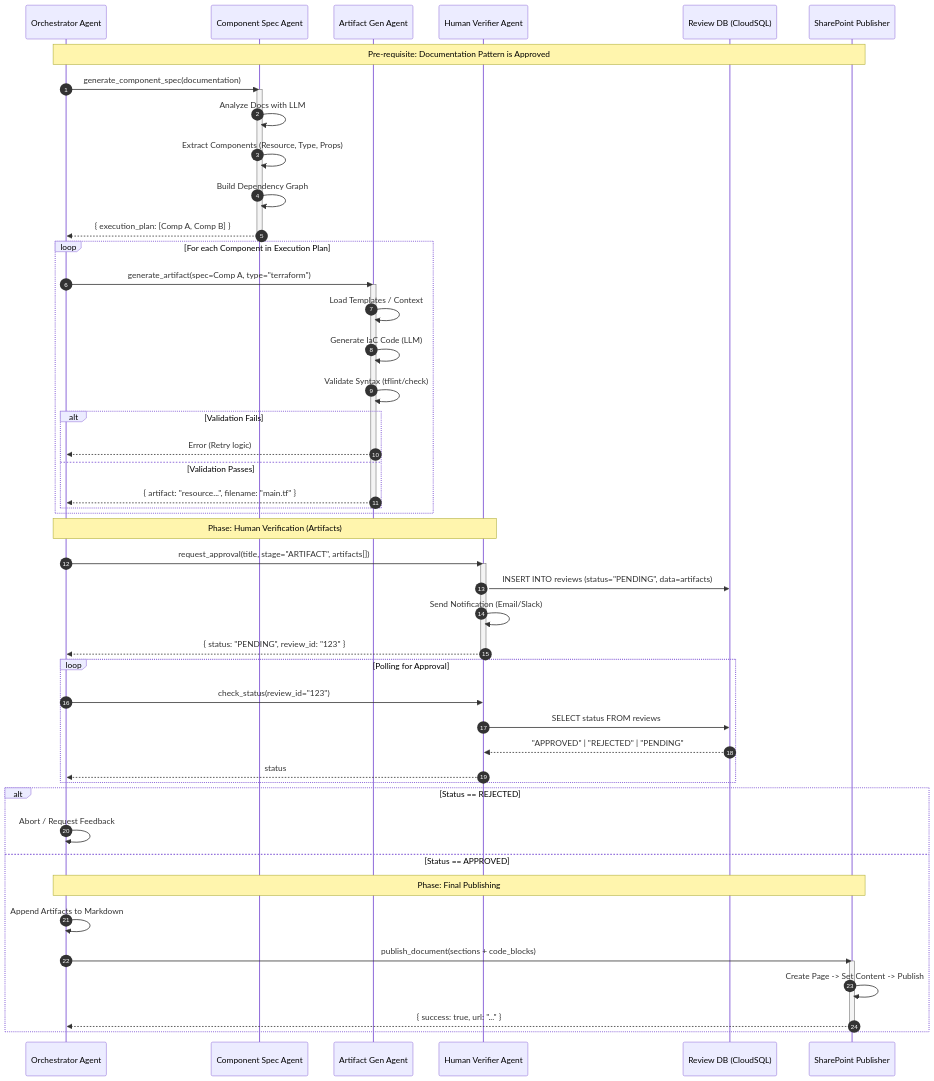
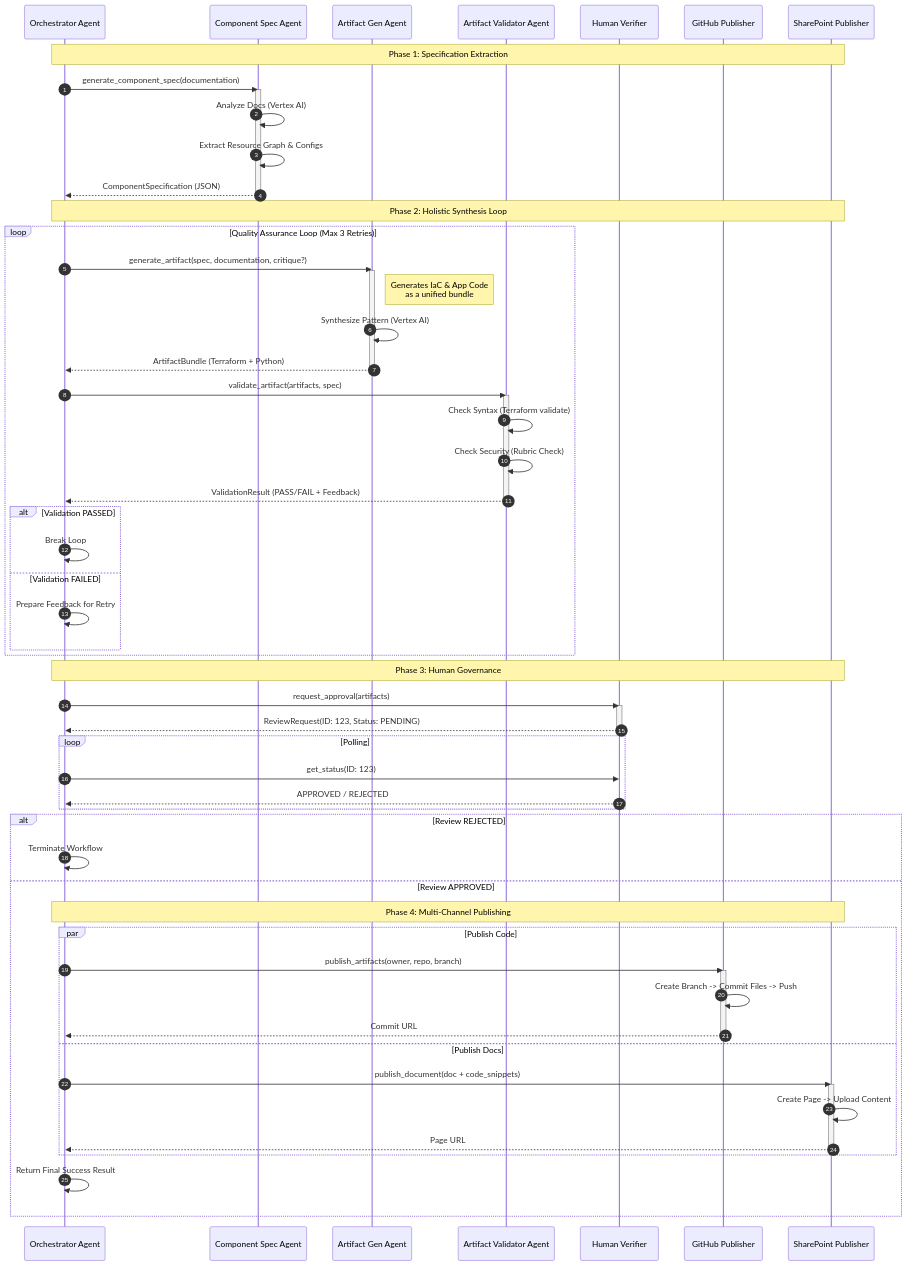
One commit to rnerurkar/engen changed the sixth of 6 diagrams in DESIGN_DOCUMENT.md. Above: the diagram before and after it, drawn with Mermaid. The commit also changed other lines of this file, not shown here.

Commit message:
docs: update design document with pattern synthesis workflow diagrams

````diff
--- a/DESIGN_DOCUMENT.md
+++ b/DESIGN_DOCUMENT.md
@@ -608,65 +654,78 @@
 ```mermaid
 sequenceDiagram
     autonumber
     participant Orch as Orchestrator Agent
     participant Spec as Component Spec Agent
     participant Gen as Artifact Gen Agent
-    participant Ver as Human Verifier Agent
-    participant DB as Review DB (CloudSQL)
-    participant Pub as SharePoint Publisher
+    participant Val as Artifact Validator Agent
+    participant Human as Human Verifier
+    participant GitHub as GitHub Publisher
+    participant SP as SharePoint Publisher
 
-    Note over Orch, Pub: Pre-requisite: Documentation Pattern is Approved
-
+    Note over Orch, SP: Phase 1: Specification Extraction
+    
     Orch->>Spec: generate_component_spec(documentation)
     activate Spec
-    Spec->>Spec: Analyze Docs with LLM
-    Spec->>Spec: Extract Components (Resource, Type, Props)
-    Spec->>Spec: Build Dependency Graph
-    Spec-->>Orch: { execution_plan: [Comp A, Comp B] }
+    Spec->>Spec: Analyze Docs (Vertex AI)
+    Spec->>Spec: Extract Resource Graph & Configs
+    Spec-->>Orch: ComponentSpecification (JSON)
     deactivate Spec
 
-    loop For each Component in Execution Plan
-        Orch->>Gen: generate_artifact(spec=Comp A, type="terraform")
+    Note over Orch, SP: Phase 2: Holistic Synthesis Loop
+
+    loop Quality Assurance Loop (Max 3 Retries)
+        Orch->>Gen: generate_artifact(spec, documentation, critique?)
         activate Gen
-        Gen->>Gen: Load Templates / Context
-        Gen->>Gen: Generate IaC Code (LLM)
-        Gen->>Gen: Validate Syntax (tflint/check)
-        
-        alt Validation Fails
-            Gen-->>Orch: Error (Retry logic)
-        else Validation Passes
-            Gen-->>Orch: { artifact: "resource...", filename: "main.tf" }
+        Note right of Gen: Generates IaC & App Code<br/>as a unified bundle
+        Gen->>Gen: Synthesize Pattern (Vertex AI)
+        Gen-->>Orch: ArtifactBundle (Terraform + Python)
+        deactivate Gen
+
+        Orch->>Val: validate_artifact(artifacts, spec)
+        activate Val
+        Val->>Val: Check Syntax (Terraform validate)
+        Val->>Val: Check Security (Rubric Check)
+        Val-->>Orch: ValidationResult (PASS/FAIL + Feedback)
+        deactivate Val
+
+        alt Validation PASSED
+            Orch->>Orch: Break Loop
+        else Validation FAILED
+            Orch->>Orch: Prepare Feedback for Retry
         end
-        deactivate Gen
     end
 
-    Note over Orch, Ver: Phase: Human Verification (Artifacts)
+    Note over Orch, SP: Phase 3: Human Governance
 
-    Orch->>Ver: request_approval(title, stage="ARTIFACT", artifacts[])
-    activate Ver
-    
-    Ver->>DB: INSERT INTO reviews (status="PENDING", data=artifacts)
-    Ver->>Ver: Send Notification (Email/Slack)
-    Ver-->>Orch: { status: "PENDING", review_id: "123" }
-    deactivate Ver
+    Orch->>Human: request_approval(artifacts)
+    activate Human
+    Human-->>Orch: ReviewRequest(ID: 123, Status: PENDING)
+    deactivate Human
 
-    loop Polling for Approval
-        Orch->>Ver: check_status(review_id="123")
-        Ver->>DB: SELECT status FROM reviews
-        DB-->>Ver: "APPROVED" | "REJECTED" | "PENDING"
-        Ver-->>Orch: status
+    loop Polling
+        Orch->>Human: get_status(ID: 123)
+        Human-->>Orch: APPROVED / REJECTED
     end
 
-    alt Status == REJECTED
-        Orch->>Orch: Abort / Request Feedback
-    else Status == APPROVED
-        Note over Orch, Pub: Phase: Final Publishing
+    alt Review REJECTED
+        Orch->>Orch: Terminate Workflow
+    else Review APPROVED
+        Note over Orch, SP: Phase 4: Multi-Channel Publishing
         
-        Orch->>Orch: Append Artifacts to Markdown
-        Orch->>Pub: publish_document(sections + code_blocks)
-        activate Pub
-        Pub->>Pub: Create Page -> Set Content -> Publish
-        Pub-->>Orch: { success: true, url: "..." }
-        deactivate Pub
+        par Publish Code
+            Orch->>GitHub: publish_artifacts(owner, repo, branch)
+            activate GitHub
+            GitHub->>GitHub: Create Branch -> Commit Files -> Push
+            GitHub-->>Orch: Commit URL
+            deactivate GitHub
+        and Publish Docs
+            Orch->>SP: publish_document(doc + code_snippets)
+            activate SP
+            SP->>SP: Create Page -> Upload Content
+            SP-->>Orch: Page URL
+            deactivate SP
+        end
+        
+        Orch->>Orch: Return Final Success Result
     end
 ```
````
